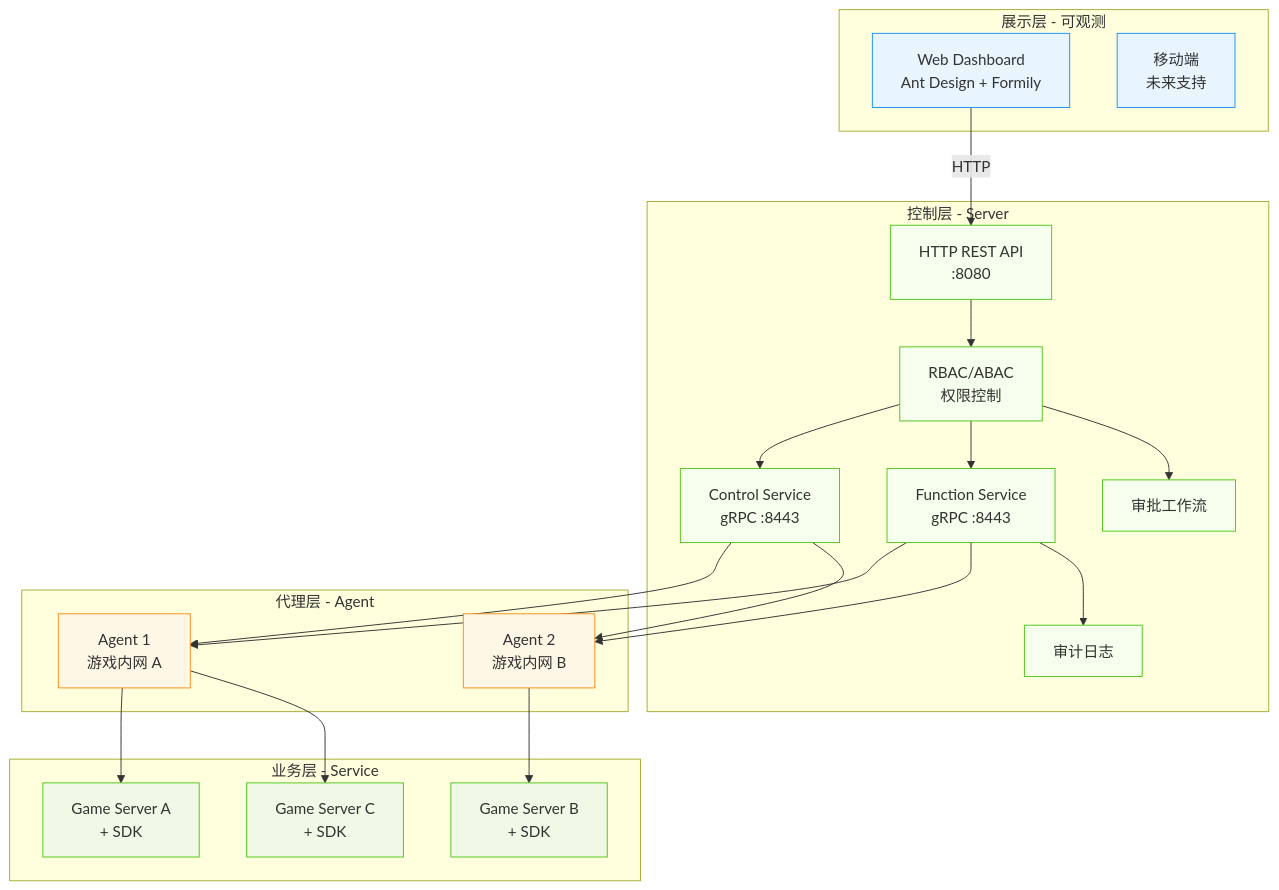
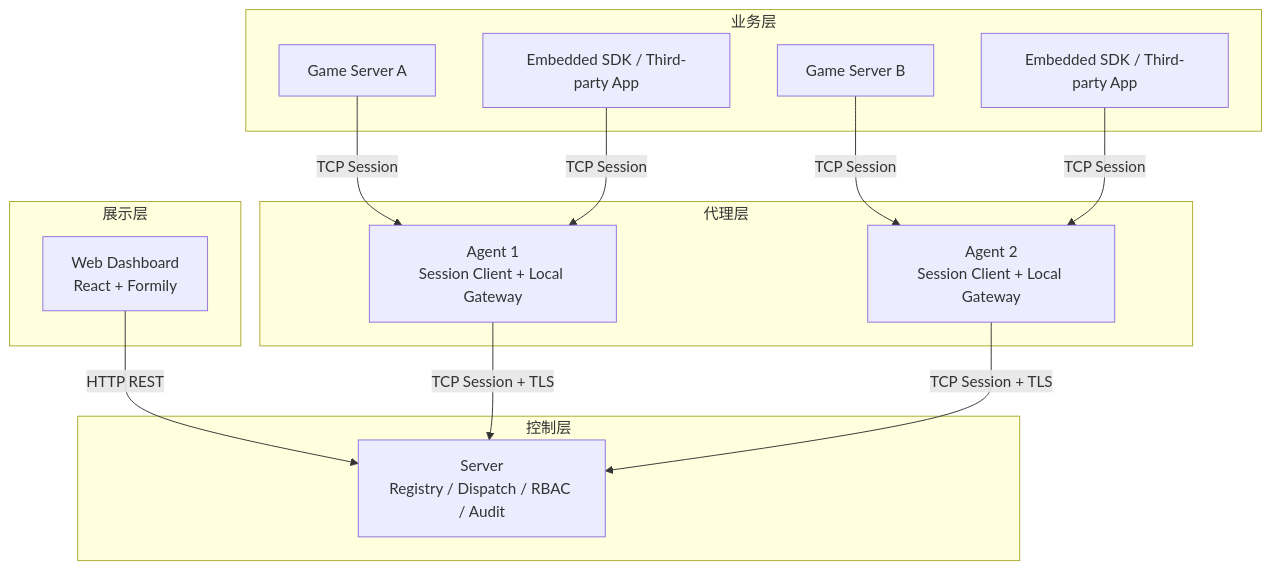
Before and after one commit to cuihairu/croupier: the diagram in docs/architecture/README.md, drawn with Mermaid. The commit also changed other lines of this file and 63 other files, not shown here.

First line of the commit message:
feat: implement P2+P3 TCP session infrastructure (Phase A+B)

````diff
--- a/docs/architecture/README.md
+++ b/docs/architecture/README.md
@@ -18,52 +22,30 @@
 ```mermaid
 graph TB
-  subgraph "展示层 - 可观测"
-    Dashboard[Web Dashboard<br/>Ant Design + Formily]
-    Mobile[移动端<br/>未来支持]
+  subgraph "展示层"
+    Dashboard[Web Dashboard<br/>React + Formily]
   end
 
-  subgraph "控制层 - Server"
-    API[HTTP REST API<br/>:8080]
-    Control[Control Service<br/>gRPC :8443]
-    Function[Function Service<br/>gRPC :8443]
-    RBAC[RBAC/ABAC<br/>权限控制]
-    Audit[审计日志]
-    Approval[审批工作流]
+  subgraph "控制层"
+    Server[Server<br/>Registry / Dispatch / RBAC / Audit]
   end
 
-  subgraph "代理层 - Agent"
-    Agent1[Agent 1<br/>游戏内网 A]
-    Agent2[Agent 2<br/>游戏内网 B]
+  subgraph "代理层"
+    Agent1[Agent 1<br/>Session Client + Local Gateway]
+    Agent2[Agent 2<br/>Session Client + Local Gateway]
   end
 
-  subgraph "业务层 - Service"
-    GS1[Game Server A<br/>+ SDK]
-    GS2[Game Server B<br/>+ SDK]
-    GS3[Game Server C<br/>+ SDK]
+  subgraph "业务层"
+    GS1[Game Server A]
+    GS2[Game Server B]
+    SDK1[Embedded SDK / Third-party App]
+    SDK2[Embedded SDK / Third-party App]
   end
 
-  Dashboard -->|HTTP| API
-  API --> RBAC
-  RBAC --> Control
-  RBAC --> Function
-  Control --> Agent1
-  Control --> Agent2
-  Function --> Agent1
-  Function --> Agent2
-  Agent1 --> GS1
-  Agent2 --> GS2
-  Agent1 --> GS3
-
-  Function --> Audit
-  RBAC --> Approval
-
-  classDef ui fill:#e8f5ff,stroke:#1890ff
-  classDef server fill:#f6ffed,stroke:#52c41a
-  classDef agent fill:#fff7e6,stroke:#fa8c16
-  classDef service fill:#f0f9e6,stroke:#52c41a
-
-  class Dashboard,Mobile ui
-  class API,Control,Function,RBAC,Audit,Approval server
-  class Agent1,Agent2 agent
-  class GS1,GS2,GS3 service
+  Dashboard -->|HTTP REST| Server
+  Agent1 -->|TCP Session + TLS| Server
+  Agent2 -->|TCP Session + TLS| Server
+  GS1 -->|TCP Session| Agent1
+  SDK1 -->|TCP Session| Agent1
+  GS2 -->|TCP Session| Agent2
+  SDK2 -->|TCP Session| Agent2
 ```
````
